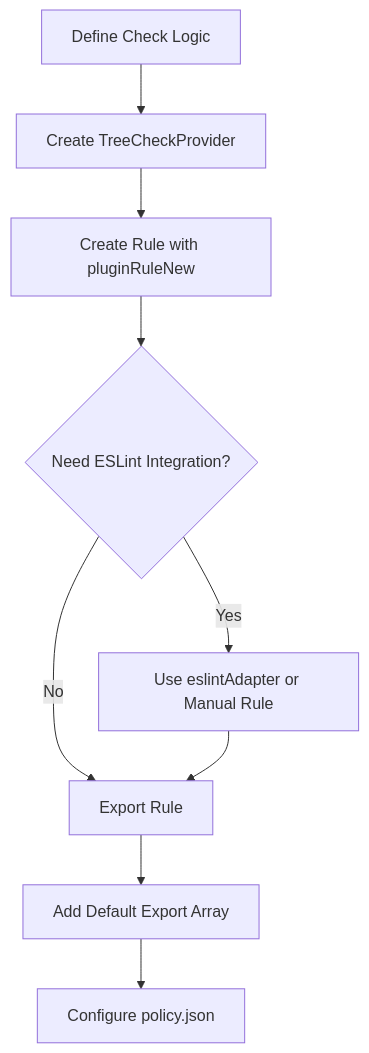
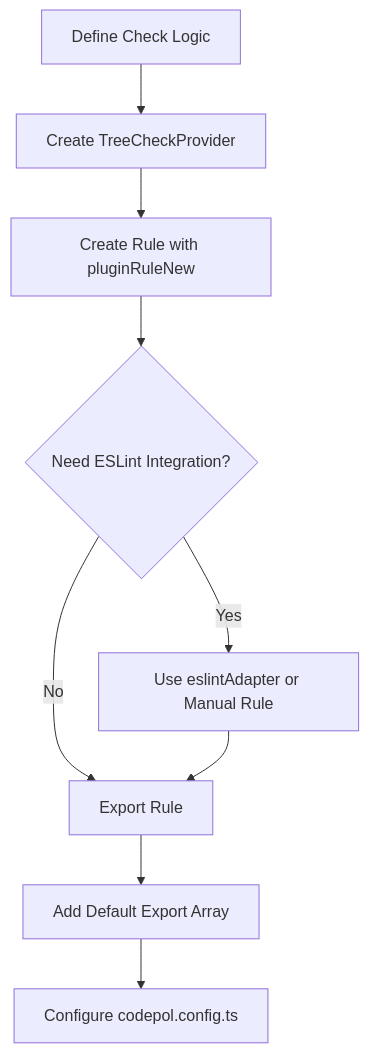
The diagram in docs/creating-custom-plugins.md (fruitiecutiepie/codepol), drawn with Mermaid before and after one commit. The commit also changed other lines of this file and 24 other files, not shown here.

Commit message:
deprecate policy.json

````diff
--- a/docs/creating-custom-plugins.md
+++ b/docs/creating-custom-plugins.md
@@ -14,11 +14,11 @@
 ```mermaid
 flowchart TD
     A[Define Check Logic] --> B[Create TreeCheckProvider]
     B --> C[Create Rule with pluginRuleNew]
     C --> D{Need ESLint Integration?}
     D -->|Yes| E[Use eslintAdapter or Manual Rule]
     D -->|No| F[Export Rule]
     E --> F
     F --> G[Add Default Export Array]
-    G --> H[Configure policy.json]
+    G --> H[Configure codepol.config.ts]
 ```
````
